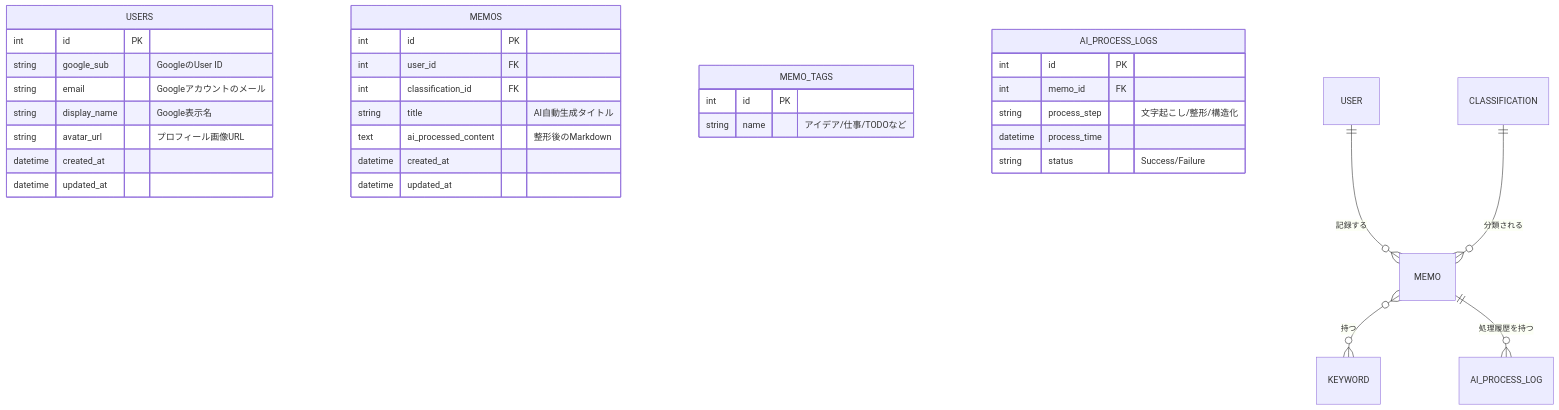
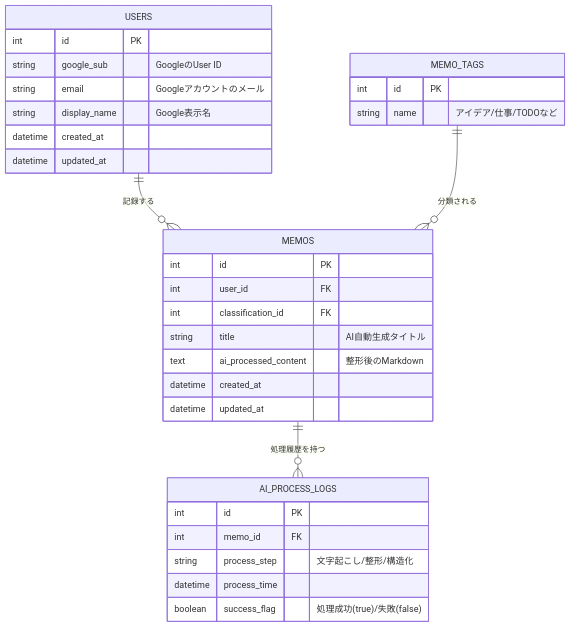
The diagram in src/voicememo-er.md (assari-harassment/voicebooklm-docs), drawn with Mermaid before and after one commit.

Commit message:
AI_PROCESS_LOGSのところを修正 #1

````diff
--- a/src/voicememo-er.md
+++ b/src/voicememo-er.md
@@ -1,40 +1,38 @@
 ```mermaid
 erDiagram
     USERS {
         int id PK
         string google_sub "GoogleのUser ID"
         string email "Googleアカウントのメール"
         string display_name "Google表示名"
-        string avatar_url "プロフィール画像URL"
         datetime created_at
         datetime updated_at
     }
 
     MEMOS {
         int id PK
         int user_id FK
         int classification_id FK
         string title "AI自動生成タイトル"
         text ai_processed_content "整形後のMarkdown"
         datetime created_at
         datetime updated_at
     }
 
     MEMO_TAGS {
         int id PK
         string name "アイデア/仕事/TODOなど"
     }
 
     AI_PROCESS_LOGS {
         int id PK
         int memo_id FK
         string process_step "文字起こし/整形/構造化"
         datetime process_time
-        string status "Success/Failure"
+        boolean success_flag "処理成功(true)/失敗(false)"
     }
     
-    USER ||--o{ MEMO : "記録する"
-    CLASSIFICATION ||--o{ MEMO : "分類される"
-    MEMO }o--o{ KEYWORD : "持つ"
-    MEMO ||--o{ AI_PROCESS_LOG : "処理履歴を持つ"
+    USERS ||--o{ MEMOS : "記録する"
+    MEMO_TAGS ||--o{ MEMOS : "分類される"
+    MEMOS ||--o{ AI_PROCESS_LOGS : "処理履歴を持つ"
 ```
````
